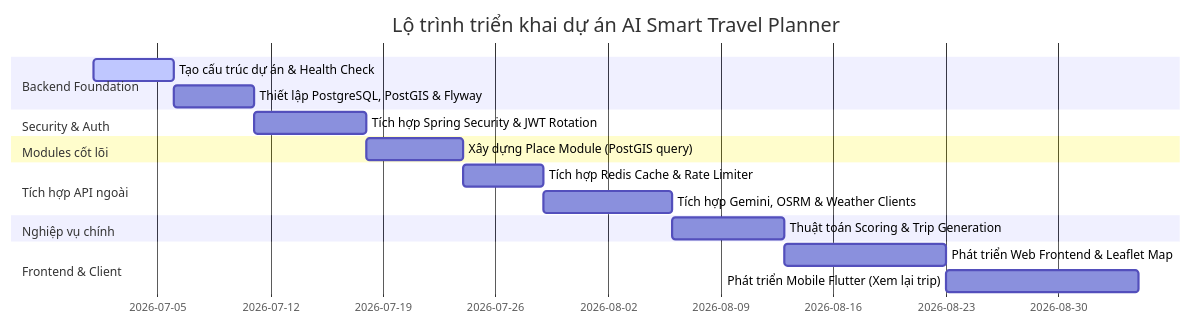
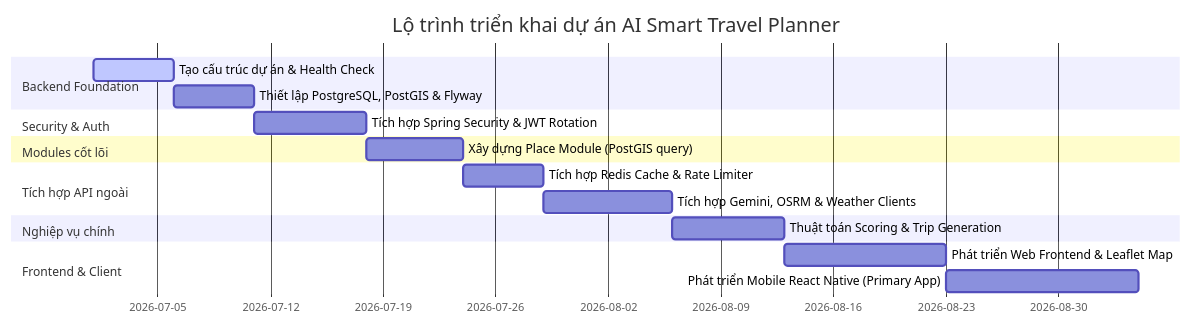
The diagram in docs/02-sdlc/implementation-plan.md (nkhanh23/TripWise), drawn with Mermaid before and after one commit. The commit also changed other lines of this file and 65 other files, not shown here.

Commit message:
Update TripWise UI and supporting application flows

````diff
--- a/docs/02-sdlc/implementation-plan.md
+++ b/docs/02-sdlc/implementation-plan.md
@@ -29,20 +29,20 @@
 ```mermaid
 gantt
     title Lộ trình triển khai dự án AI Smart Travel Planner
     dateFormat  YYYY-MM-DD
     section Backend Foundation
     Tạo cấu trúc dự án & Health Check   :active, des1, 2026-07-01, 5d
     Thiết lập PostgreSQL, PostGIS & Flyway  : des2, after des1, 5d
     section Security & Auth
     Tích hợp Spring Security & JWT Rotation : des3, after des2, 7d
     section Modules cốt lõi
     Xây dựng Place Module (PostGIS query)   : des4, after des3, 6d
     section Tích hợp API ngoài
     Tích hợp Redis Cache & Rate Limiter    : des5, after des4, 5d
     Tích hợp Gemini, OSRM & Weather Clients : des6, after des5, 8d
     section Nghiệp vụ chính
     Thuật toán Scoring & Trip Generation   : des7, after des6, 7d
     section Frontend & Client
     Phát triển Web Frontend & Leaflet Map   : des8, after des7, 10d
-    Phát triển Mobile Flutter (Xem lại trip) : des9, after des8, 12d
+    Phát triển Mobile React Native (Primary App) : des9, after des8, 12d
 ```
````
